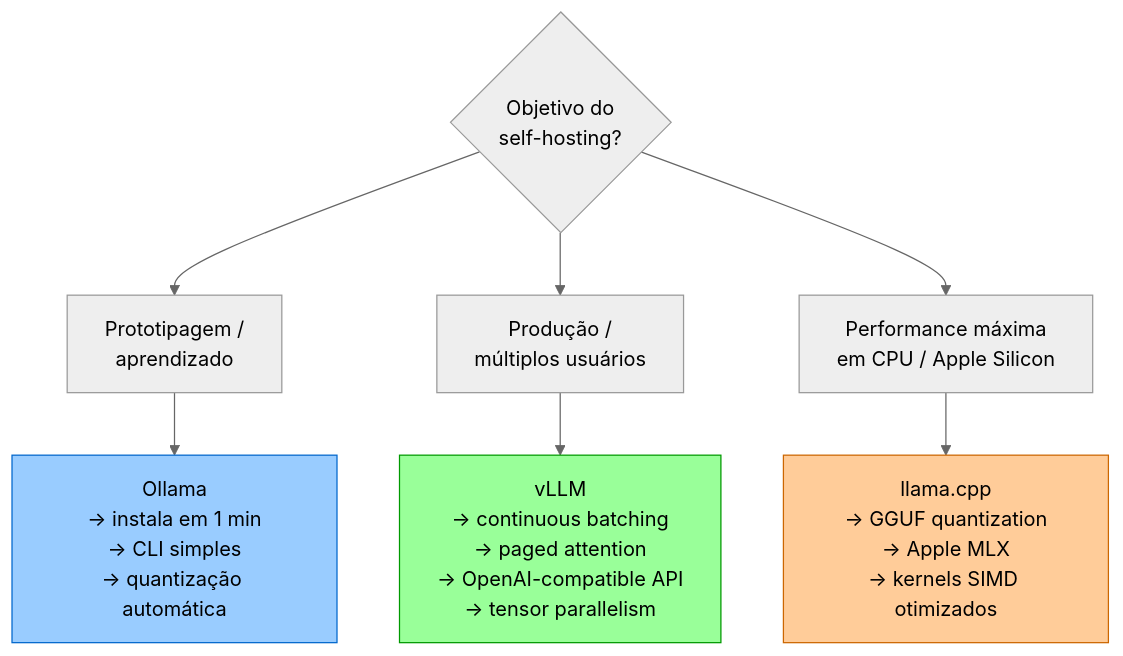
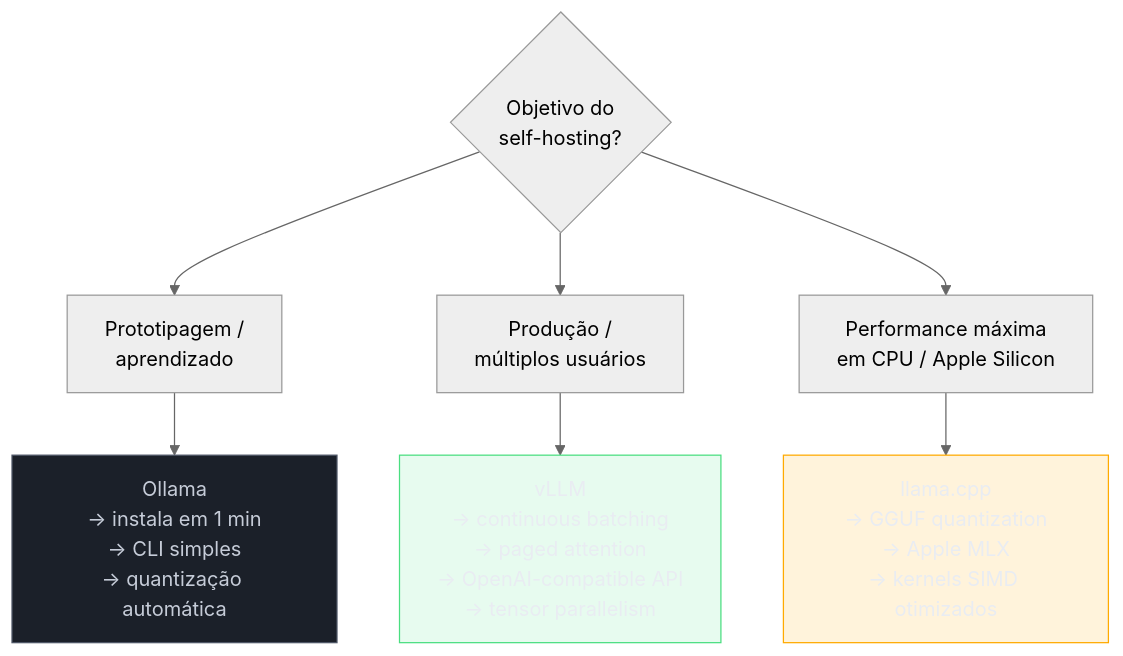
Before and after one commit to josenaldo/codex-technomanticus: the second of 2 diagrams in 03-Dominios/Tecnologia/IA/Anatomia dos LLMs/10 - Modelos locais e self-hosting.md, drawn with Mermaid (neutral theme). The commit also changed 1181 other files, not shown here.

First line of the commit message:
fix(diagramas): paleta do sistema no lugar de cor cravada no markdown

````diff
--- a/03-Dominios/Tecnologia/IA/Anatomia dos LLMs/10 - Modelos locais e self-hosting.md
+++ b/03-Dominios/Tecnologia/IA/Anatomia dos LLMs/10 - Modelos locais e self-hosting.md
@@ -129,14 +129,17 @@
 ```mermaid
 graph TD
+    classDef neutro fill:#1B2029,stroke:#4E5666,color:#C6CCD8
+    classDef ok fill:#4ADE8021,stroke:#4ADE80,color:#E9ECF2
+    classDef destaque fill:#FFAA0024,stroke:#FFAA00,color:#E9ECF2
     A{Objetivo do\nself-hosting?} --> B[Prototipagem /\naprendizado]
     A --> C[Produção /\nmúltiplos usuários]
     A --> D[Performance máxima\nem CPU / Apple Silicon]
 
     B --> E["Ollama\n→ instala em 1 min\n→ CLI simples\n→ quantização automática"]
     C --> F["vLLM\n→ continuous batching\n→ paged attention\n→ OpenAI-compatible API\n→ tensor parallelism"]
     D --> G["llama.cpp\n→ GGUF quantization\n→ Apple MLX\n→ kernels SIMD otimizados"]
 
-    style E fill:#99ccff,stroke:#0066cc
-    style F fill:#99ff99,stroke:#009900
-    style G fill:#ffcc99,stroke:#cc6600
+    class E neutro
+    class F ok
+    class G destaque
 ```
````
